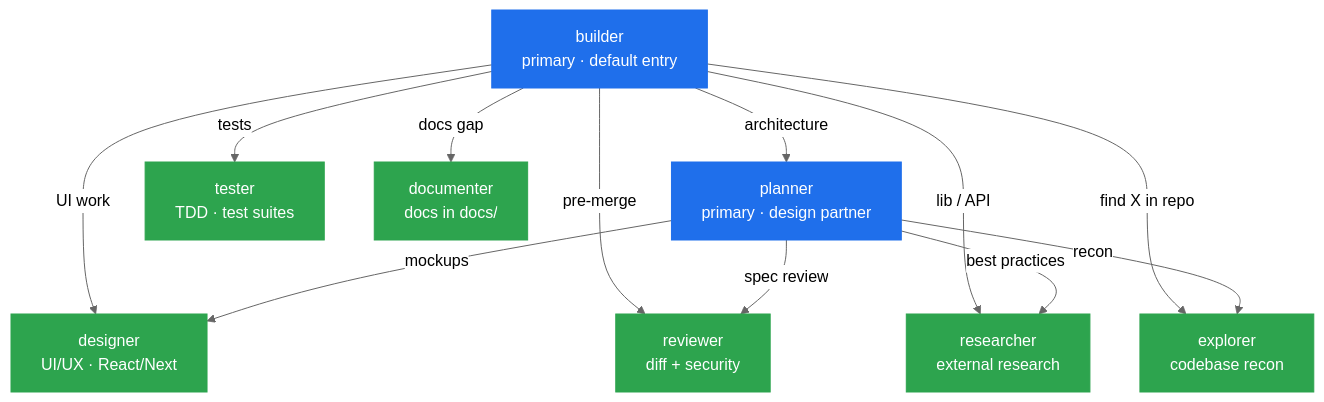
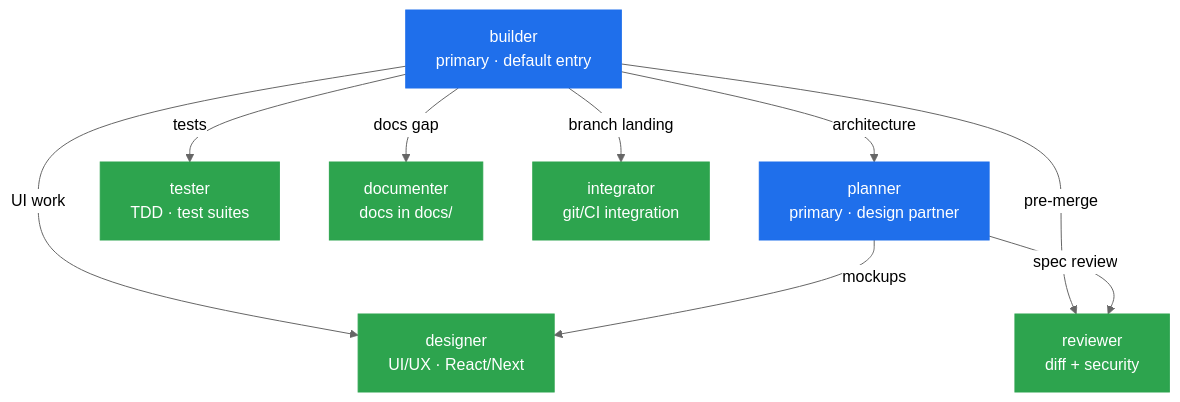
One commit to PanPanFR/oh-my-openkilo changed the diagram in README.md. Above: the diagram before and after it, drawn with Mermaid (neutral theme). The commit also changed other lines of this file and 19 other files, not shown here.

````diff
--- a/README.md
+++ b/README.md
@@ -152,28 +152,24 @@
 ```mermaid
 graph TD
     B[builder<br/>primary · default entry]
     P[planner<br/>primary · design partner]
     DS[designer<br/>UI/UX · React/Next]
     T[tester<br/>TDD · test suites]
     R[reviewer<br/>diff + security]
     DOC[documenter<br/>docs in docs/]
-    RS[researcher<br/>external research]
-    EX[explorer<br/>codebase recon]
+    I[integrator<br/>git/CI integration]
 
     B -->|UI work| DS
     B -->|tests| T
     B -->|pre-merge| R
     B -->|docs gap| DOC
-    B -->|lib / API| RS
-    B -->|find X in repo| EX
+    B -->|branch landing| I
     B -->|architecture| P
-    P -->|recon| EX
-    P -->|best practices| RS
     P -->|spec review| R
     P -->|mockups| DS
 
     classDef primary fill:#1f6feb,color:#fff,stroke:#1f6feb;
     classDef sub fill:#2da44e,color:#fff,stroke:#2da44e;
     class B,P primary;
-    class DS,T,R,DOC,RS,EX sub;
+    class DS,T,R,DOC,I sub;
 ```
````
